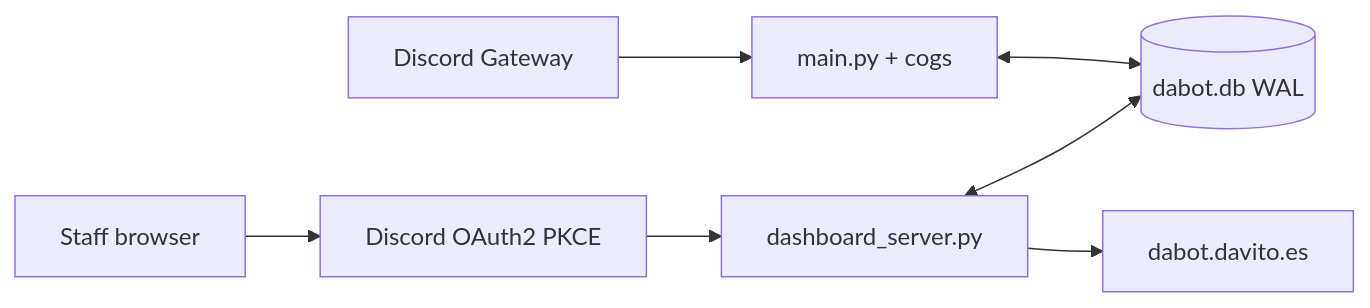
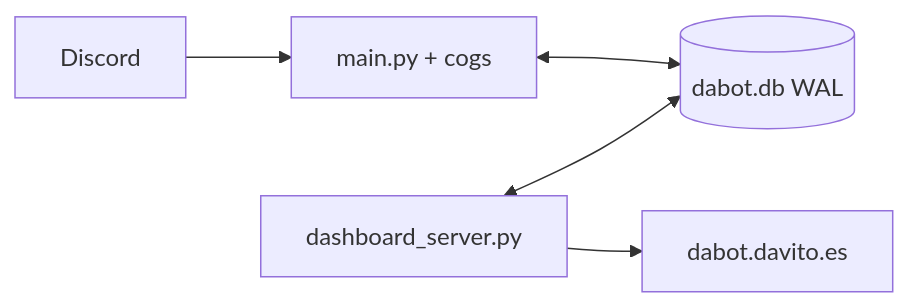
One commit to davito-03/dabot changed the diagram in docs/ARCHITECTURE.md. Above: the diagram before and after it, drawn with Mermaid. The commit also changed other lines of this file and 19 other files, not shown here.

````diff
--- a/docs/ARCHITECTURE.md
+++ b/docs/ARCHITECTURE.md
@@ -5,9 +5,7 @@
 ```mermaid
 flowchart LR
-  Discord[Discord Gateway] --> Bot[main.py + cogs]
+  Discord --> Bot[main.py + cogs]
   Bot <--> DB[(dabot.db WAL)]
   API[dashboard_server.py] <--> DB
-  User[Staff browser] --> OAuth[Discord OAuth2 PKCE]
-  OAuth --> API
   API --> Site[dabot.davito.es]
 ```
````
